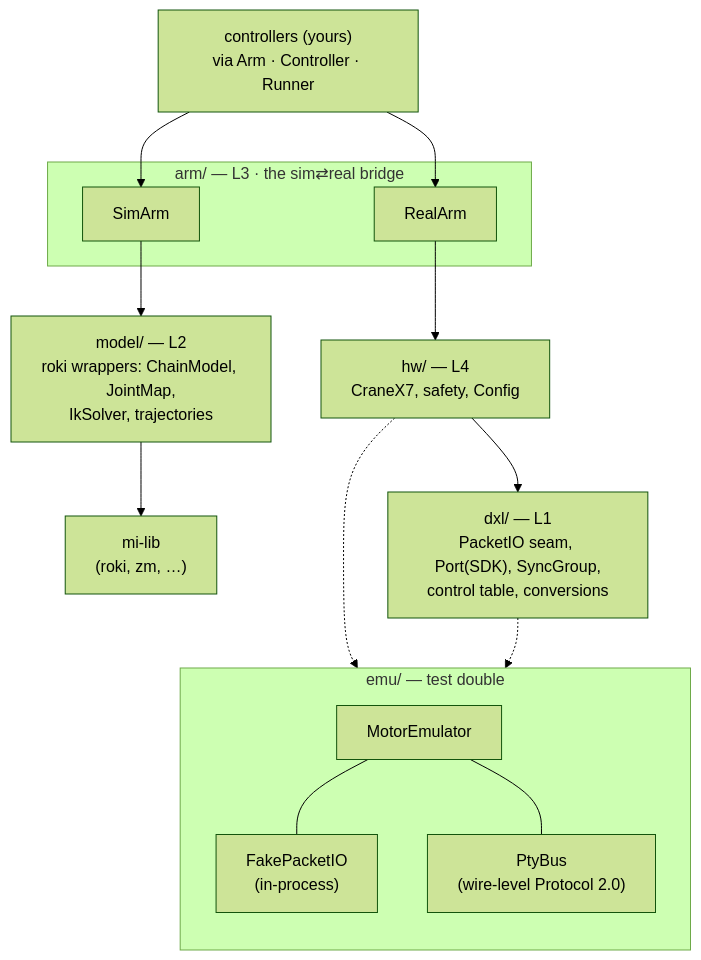
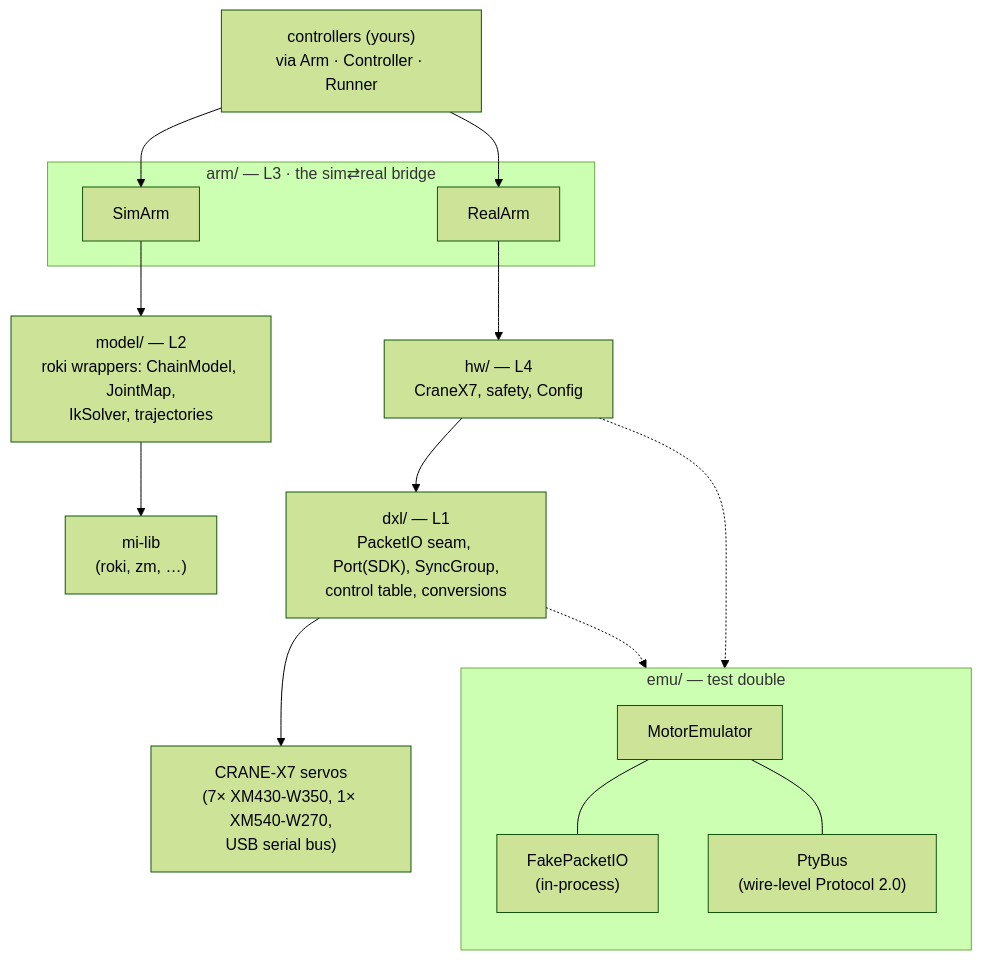
The diagram in docs/guide/architecture.md (hrshtst/rtctrl), drawn with Mermaid (forest theme) before and after one commit.

Commit message:
docs: show the physical servo bus in the layer diagram
A solid edge from dxl/ to the real CRANE-X7 servos makes the
production endpoint explicit next to its wire-level test double,
so the solid-vs-dotted contrast is self-explanatory.

````diff
--- a/docs/guide/architecture.md
+++ b/docs/guide/architecture.md
@@ -5,32 +5,35 @@
 ```mermaid
 flowchart TB
     C["controllers (yours)<br>via Arm · Controller · Runner"]
 
     subgraph ARM["arm/ — L3 · the sim⇄real bridge"]
         SIM["SimArm"]
         REAL["RealArm"]
     end
 
     MODEL["model/ — L2<br>roki wrappers: ChainModel, JointMap,<br>IkSolver, trajectories"]
     HW["hw/ — L4<br>CraneX7, safety, Config"]
     MILIB["mi-lib<br>(roki, zm, …)"]
     DXL["dxl/ — L1<br>PacketIO seam, Port(SDK), SyncGroup,<br>control table, conversions"]
 
     subgraph EMU["emu/ — test double"]
         direction TB
         ME["MotorEmulator"]
         FAKE["FakePacketIO<br>(in-process)"]
         PTY["PtyBus<br>(wire-level Protocol 2.0)"]
         ME --- FAKE
         ME --- PTY
     end
 
+    MOTORS["CRANE-X7 servos<br>(7× XM430-W350, 1× XM540-W270,<br>USB serial bus)"]
+
     C --> SIM
     C --> REAL
     SIM --> MODEL
     REAL --> HW
     MODEL --> MILIB
     HW --> DXL
+    DXL --> MOTORS
     HW -.-> FAKE
     DXL -.-> PTY
 ```
````
